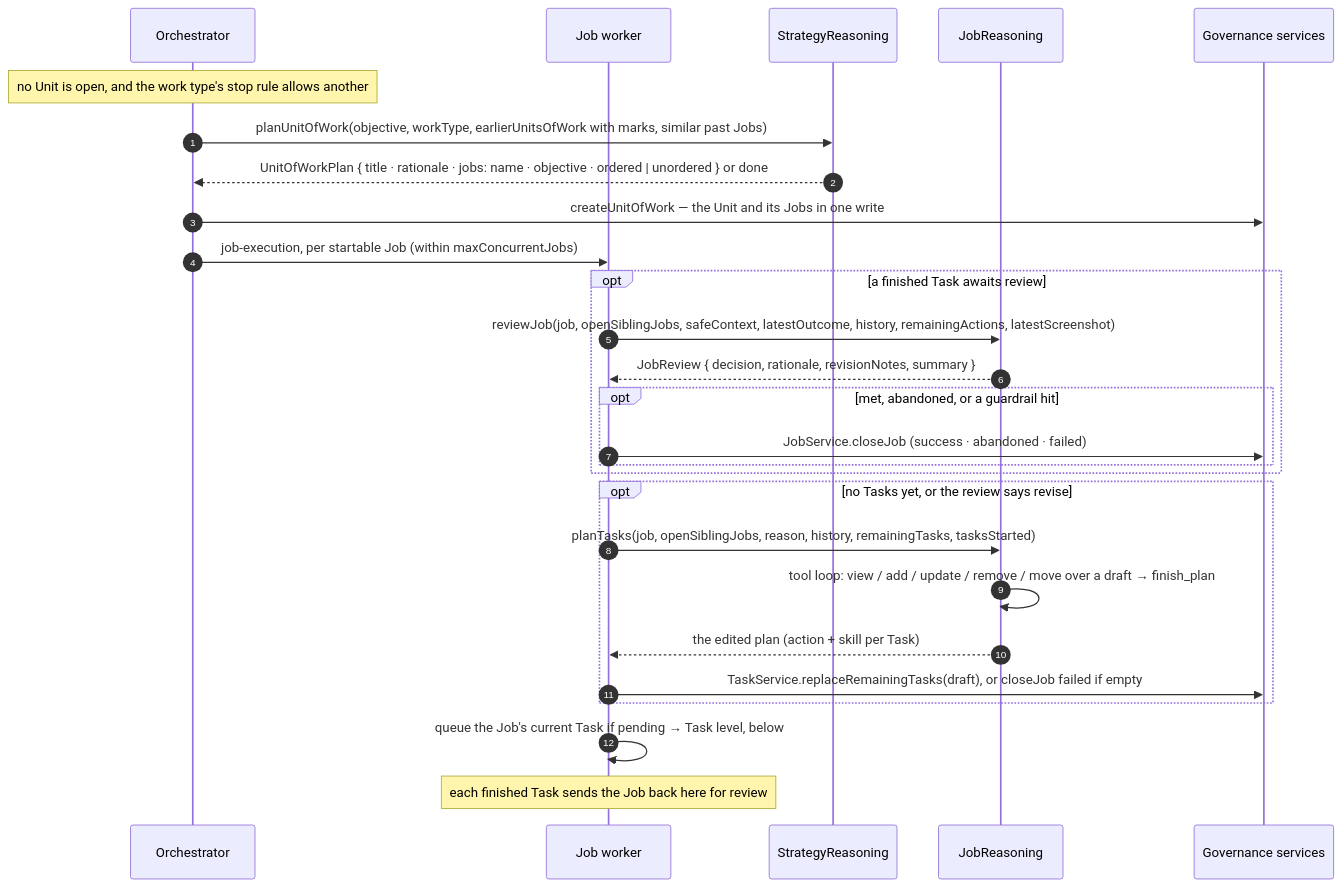
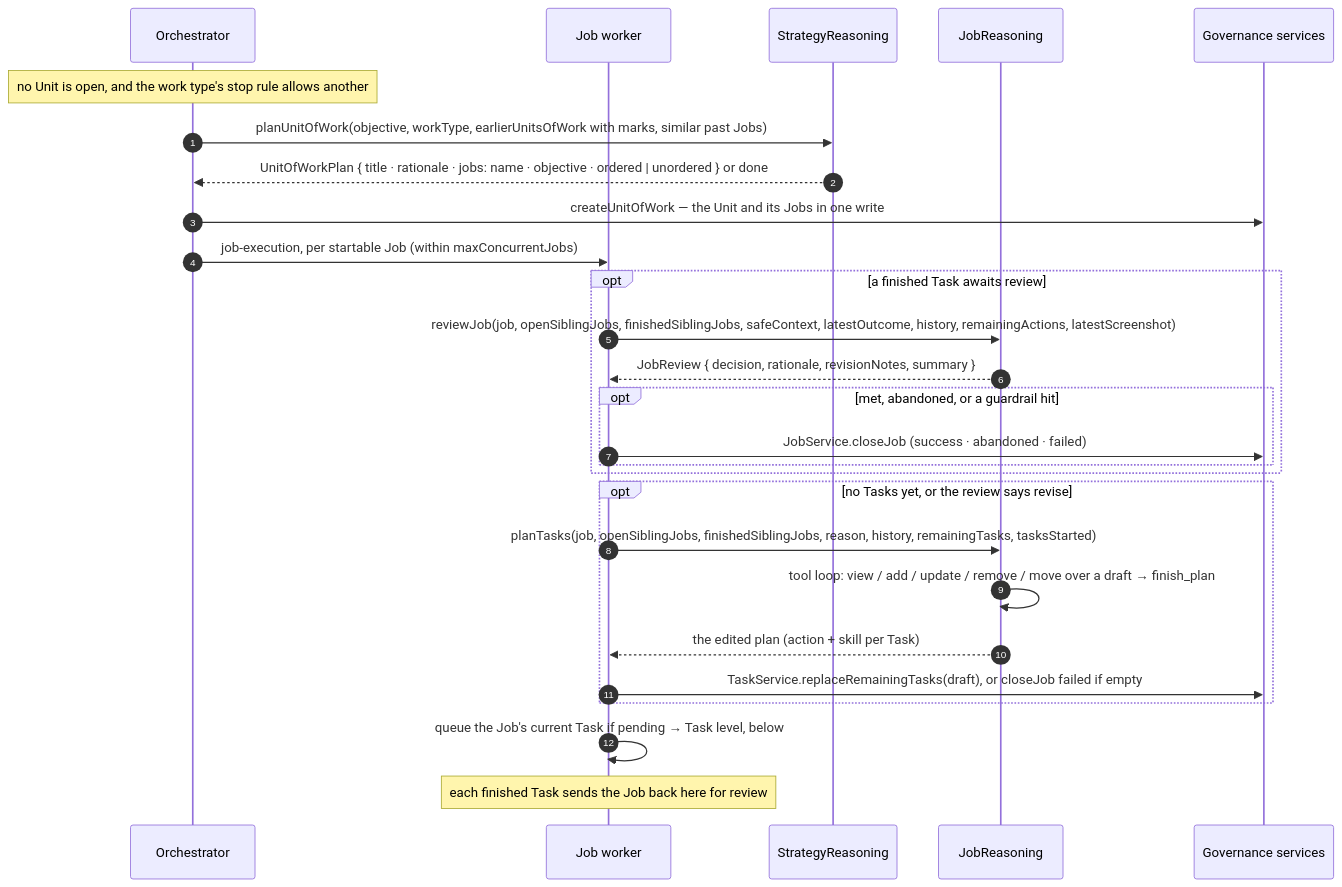
One commit to BaraaSoft/agentcores changed the second of 5 diagrams in packages/backend/src/reasoning/tech-spec.md. Above: the diagram before and after it, drawn with Mermaid. The commit also changed 9 other files, not shown here.

First line of the commit message:
Enhance job execution by integrating finished sibling jobs

````diff
--- a/packages/backend/src/reasoning/tech-spec.md
+++ b/packages/backend/src/reasoning/tech-spec.md
@@ -103,30 +103,30 @@
 ```mermaid
 sequenceDiagram
     autonumber
     participant O as Orchestrator
     participant JW as Job worker
     participant S as StrategyReasoning
     participant J as JobReasoning
     participant DB as Governance services
 
     Note over O: no Unit is open, and the work type's stop rule allows another
     O->>S: planUnitOfWork(objective, workType, earlierUnitsOfWork with marks, similar past Jobs)
     S-->>O: UnitOfWorkPlan { title · rationale · jobs: name · objective · ordered | unordered } or done
     O->>DB: createUnitOfWork — the Unit and its Jobs in one write
     O->>JW: job-execution, per startable Job (within maxConcurrentJobs)
     opt a finished Task awaits review
-        JW->>J: reviewJob(job, openSiblingJobs, safeContext, latestOutcome, history, remainingActions, latestScreenshot)
+        JW->>J: reviewJob(job, openSiblingJobs, finishedSiblingJobs, safeContext, latestOutcome, history, remainingActions, latestScreenshot)
         J-->>JW: JobReview { decision, rationale, revisionNotes, summary }
         opt met, abandoned, or a guardrail hit
             JW->>DB: JobService.closeJob (success · abandoned · failed)
         end
     end
     opt no Tasks yet, or the review says revise
-        JW->>J: planTasks(job, openSiblingJobs, reason, history, remainingTasks, tasksStarted)
+        JW->>J: planTasks(job, openSiblingJobs, finishedSiblingJobs, reason, history, remainingTasks, tasksStarted)
         J->>J: tool loop: view / add / update / remove / move over a draft → finish_plan
         J-->>JW: the edited plan (action + skill per Task)
         JW->>DB: TaskService.replaceRemainingTasks(draft), or closeJob failed if empty
     end
     JW->>JW: queue the Job's current Task if pending → Task level, below
     Note over JW: each finished Task sends the Job back here for review
 ```
````
